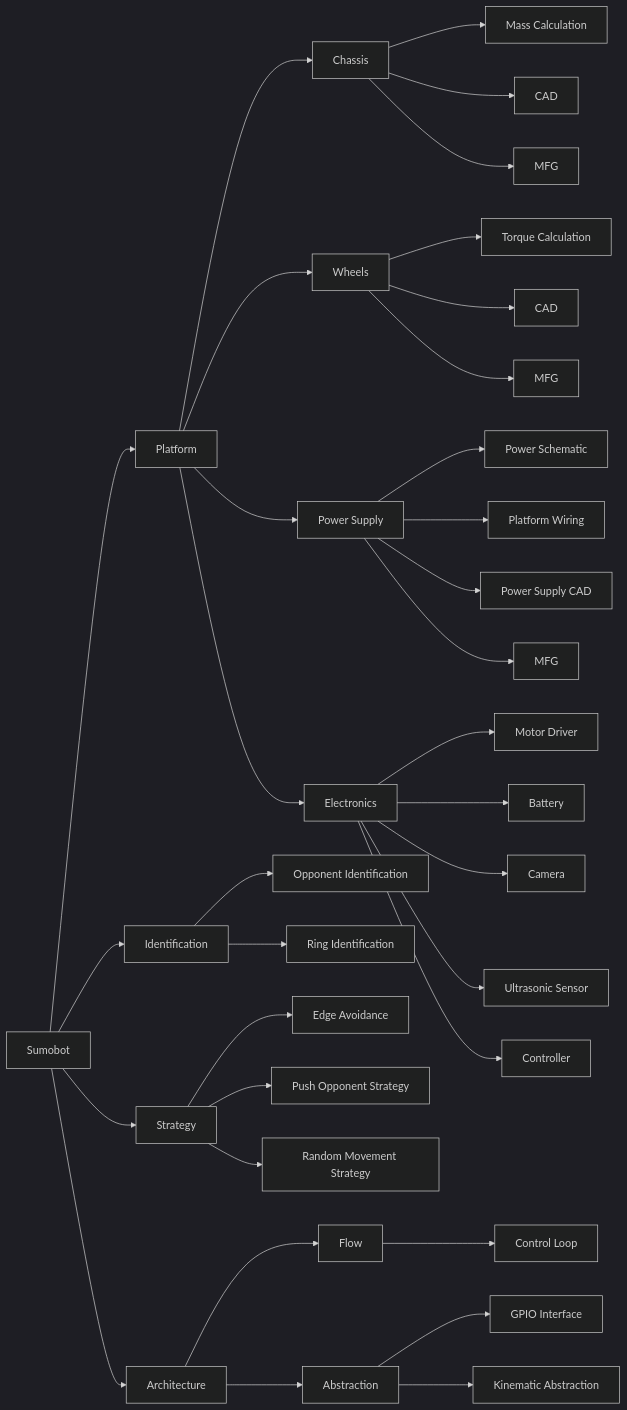
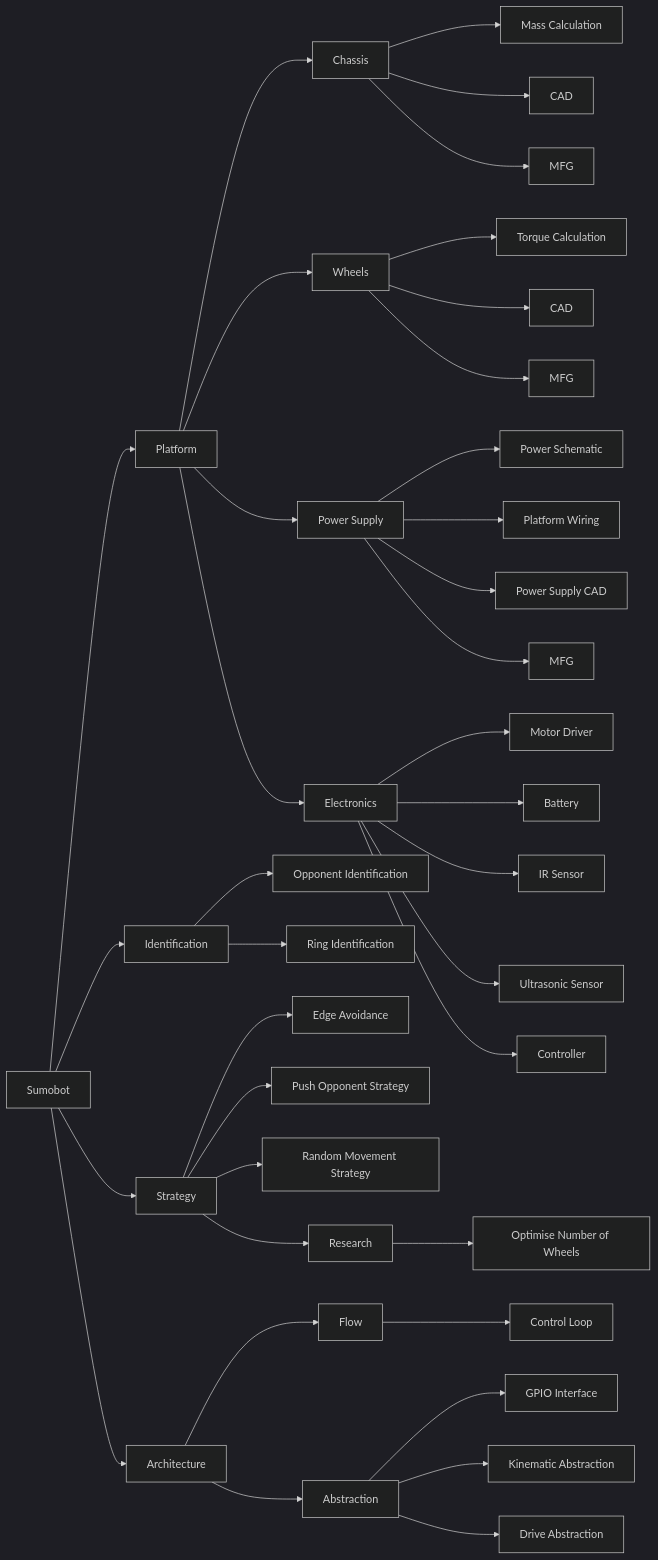
One commit to dennuguyen/sumoltaneous-equations changed the diagram in README.md. Above: the diagram before and after it, drawn with Mermaid (dark theme).

Commit message:
Update WBS.

````diff
--- a/README.md
+++ b/README.md
@@ -17,45 +17,49 @@
 ```mermaid
 graph LR
     Sumobot
     Sumobot --> Platform
     Sumobot --> Identification
     Sumobot --> Strategy
     Sumobot --> Architecture
 
     Identification --> opp[Opponent Identification]
     Identification --> ring[Ring Identification]
 
     Architecture --> Flow
     Flow --> control_loop[Control Loop]
 
     Architecture --> Abstraction
     Abstraction --> gpio_interface[GPIO Interface]
     Abstraction --> kinematic_abstraction[Kinematic Abstraction]
+    Abstraction --> drive_abstraction[Drive Abstraction]
 
     Strategy --> avoidance[Edge Avoidance]
     Strategy --> push[Push Opponent Strategy]
     Strategy --> random[Random Movement Strategy]
+
+    Strategy --> strategy_research[Research]
+    strategy_research --> number_wheels[Optimise Number of Wheels]
 
     Platform --> Chassis
     Chassis --> chassis_mass[Mass Calculation]
     Chassis --> chassis_cad[CAD]
     Chassis --> chassis_mfg[MFG]
 
     Platform --> Wheels
     Wheels --> wheel_torque[Torque Calculation]
     Wheels --> wheels_cad[CAD]
     Wheels --> wheels_mfg[MFG]
 
     Platform --> power[Power Supply]
     power --> power_schematic[Power Schematic]
     power --> Wiring[Platform Wiring]
     power --> power_cad[Power Supply CAD]
     power --> mfg_power[MFG]
 
     Platform --> Electronics
-    Electronics --> driver_mounts[Motor Driver]
-    Electronics --> battery_mount[Battery]
-    Electronics --> camera_mount[Camera]
-    Electronics --> ultrasonic_mount[Ultrasonic Sensor]
-    Electronics --> arduino_mount[Controller]
+    Electronics --> motor_driver[Motor Driver]
+    Electronics --> battery[Battery]
+    Electronics --> ir_sensor[IR Sensor]
+    Electronics --> ultrasonic_sensor[Ultrasonic Sensor]
+    Electronics --> arduino[Controller]
 ```
````
